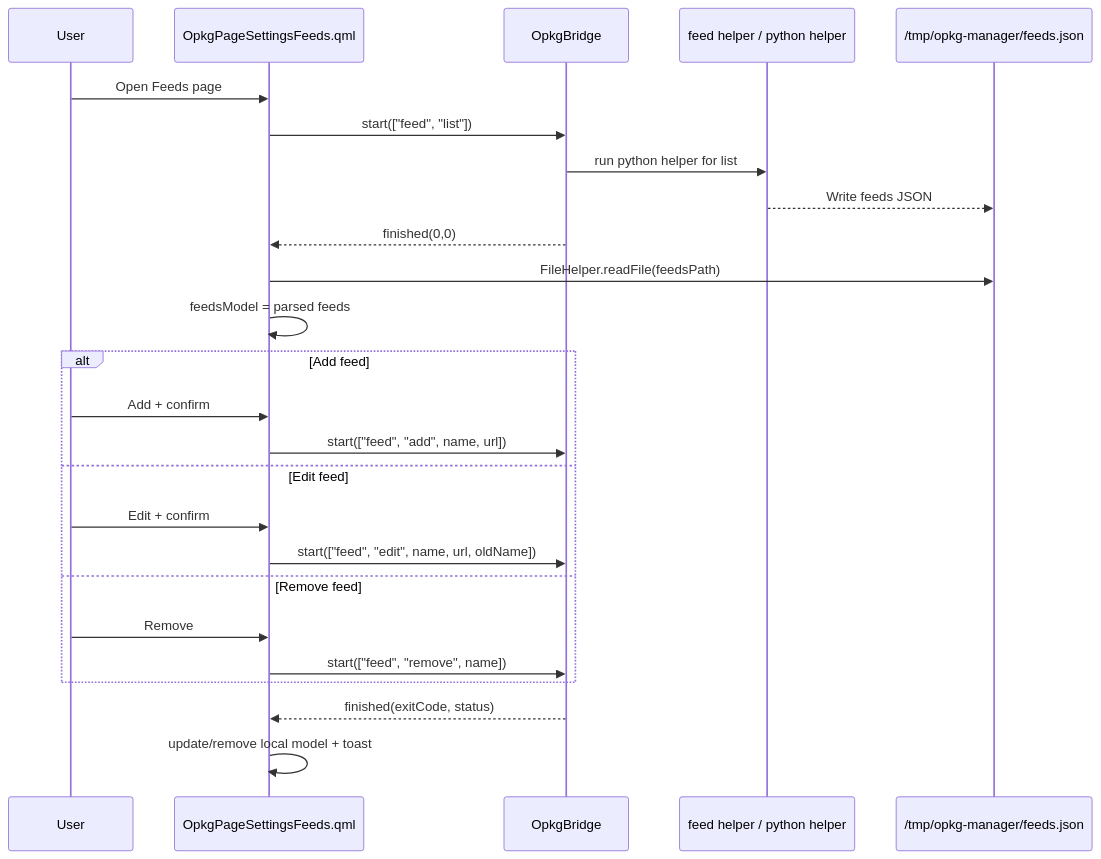
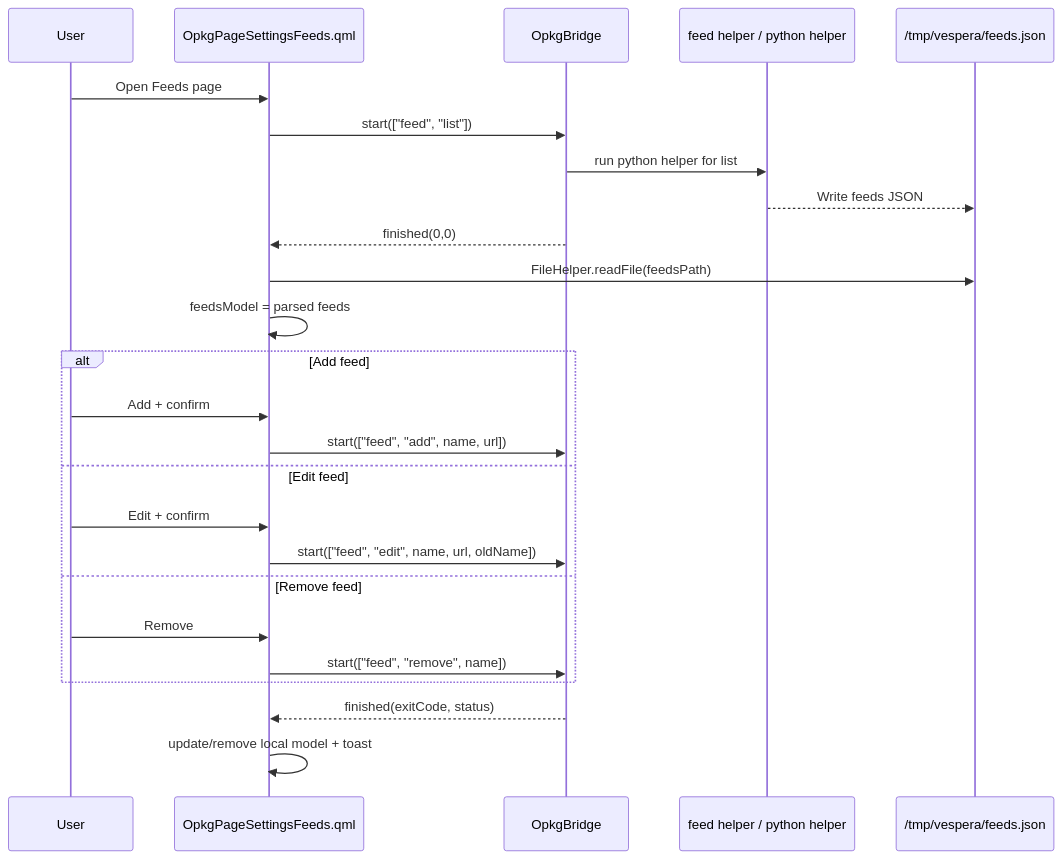
One commit to thespinmaster/venus-os-addons changed the third of 6 diagrams in addons/vespera/docs/mermaid-diagrams.md. Above: the diagram before and after it, drawn with Mermaid. The commit also changed other lines of this file and 575 other files, not shown here.

````diff
--- a/addons/vespera/docs/mermaid-diagrams.md
+++ b/addons/vespera/docs/mermaid-diagrams.md
@@ -58,30 +58,30 @@
 ```mermaid
 sequenceDiagram
     participant User
     participant FeedsPage as OpkgPageSettingsFeeds.qml
     participant Bridge as OpkgBridge
     participant FeedRunner as feed helper / python helper
-    participant Cache as /tmp/opkg-manager/feeds.json
+    participant Cache as /tmp/vespera/feeds.json
 
     User->>FeedsPage: Open Feeds page
     FeedsPage->>Bridge: start(["feed", "list"])
     Bridge->>FeedRunner: run python helper for list
     FeedRunner-->>Cache: Write feeds JSON
     Bridge-->>FeedsPage: finished(0,0)
     FeedsPage->>Cache: FileHelper.readFile(feedsPath)
     FeedsPage->>FeedsPage: feedsModel = parsed feeds
 
     alt Add feed
         User->>FeedsPage: Add + confirm
         FeedsPage->>Bridge: start(["feed", "add", name, url])
     else Edit feed
         User->>FeedsPage: Edit + confirm
         FeedsPage->>Bridge: start(["feed", "edit", name, url, oldName])
     else Remove feed
         User->>FeedsPage: Remove
         FeedsPage->>Bridge: start(["feed", "remove", name])
     end
 
     Bridge-->>FeedsPage: finished(exitCode, status)
     FeedsPage->>FeedsPage: update/remove local model + toast
 ```
````
